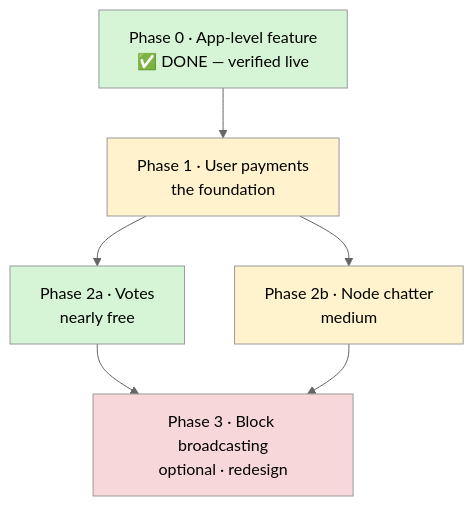
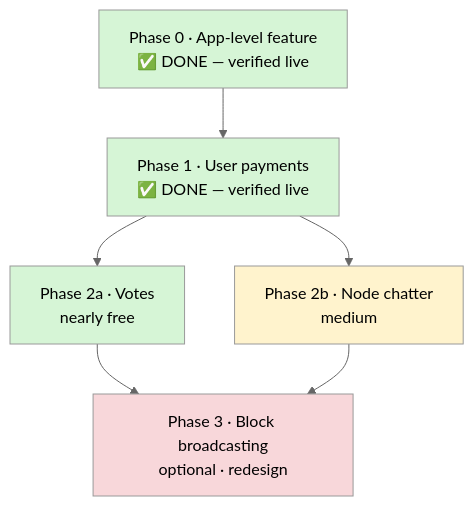
Before and after one commit to Fortiquo-Blockchain/solana-ml-dsa-44: the fifth of 5 diagrams in docs/ml-dsa-migration.md, drawn with Mermaid (neutral theme). The commit also changed other lines of this file and 15 other files, not shown here.

First line of the commit message:
feat: sign user-payment transactions with ML-DSA-44 (Phase 1)

````diff
--- a/docs/ml-dsa-migration.md
+++ b/docs/ml-dsa-migration.md
@@ -156,17 +156,17 @@
 ```mermaid
 flowchart TB
     P0["Phase 0 · App-level feature<br/>✅ DONE — verified live"]
-    P1["Phase 1 · User payments<br/>the foundation"]
+    P1["Phase 1 · User payments<br/>✅ DONE — verified live"]
     P2a["Phase 2a · Votes<br/>nearly free"]
     P2b["Phase 2b · Node chatter<br/>medium"]
     P3["Phase 3 · Block broadcasting<br/>optional · redesign"]
     P0 --> P1 --> P2a
     P1 --> P2b
     P2a --> P3
     P2b --> P3
     style P0 fill:#d6f5d6
-    style P1 fill:#fff2cc
+    style P1 fill:#d6f5d6
     style P2a fill:#d6f5d6
     style P2b fill:#fff3cd
     style P3 fill:#f8d7da
 ```
````
